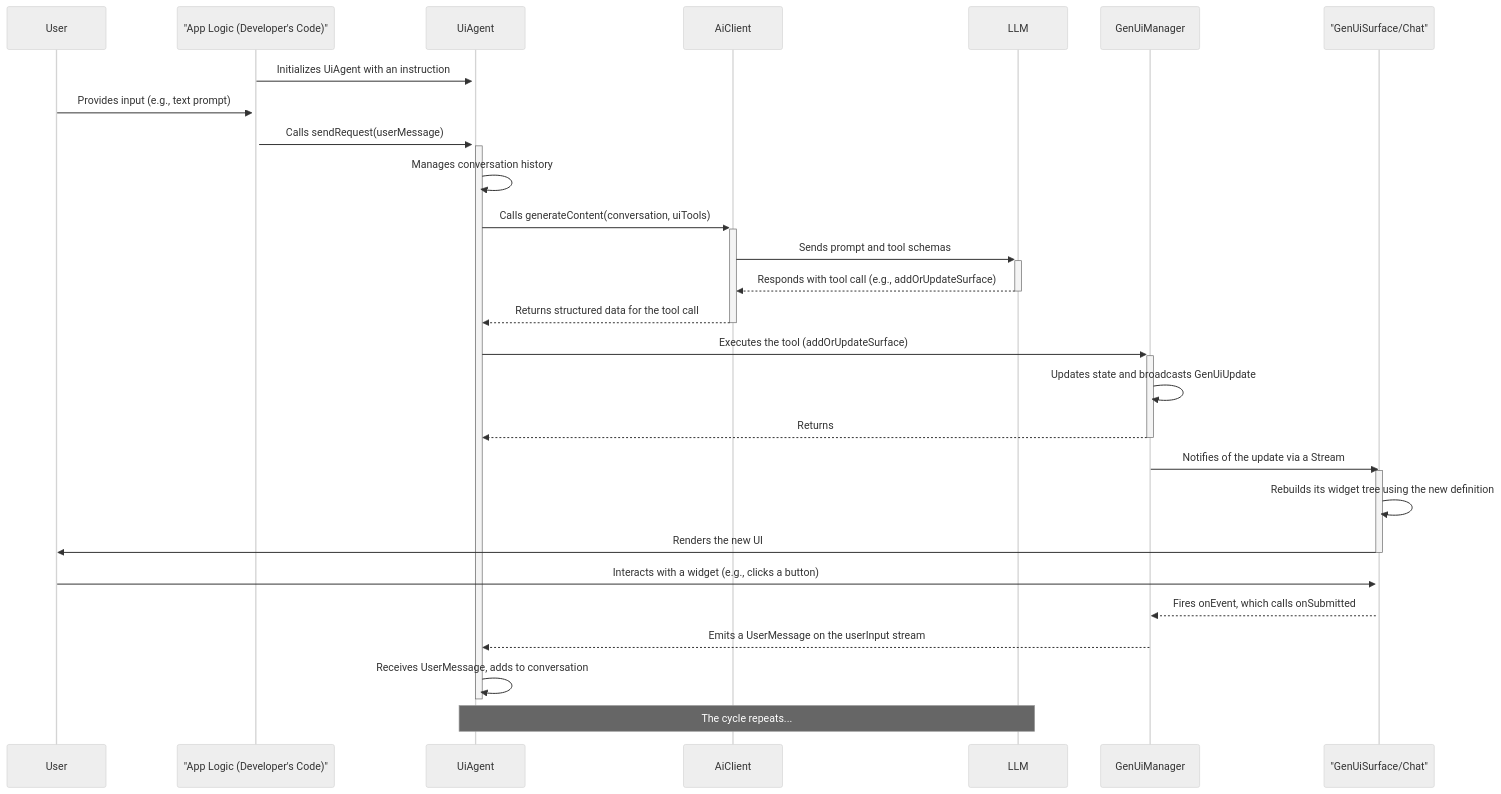
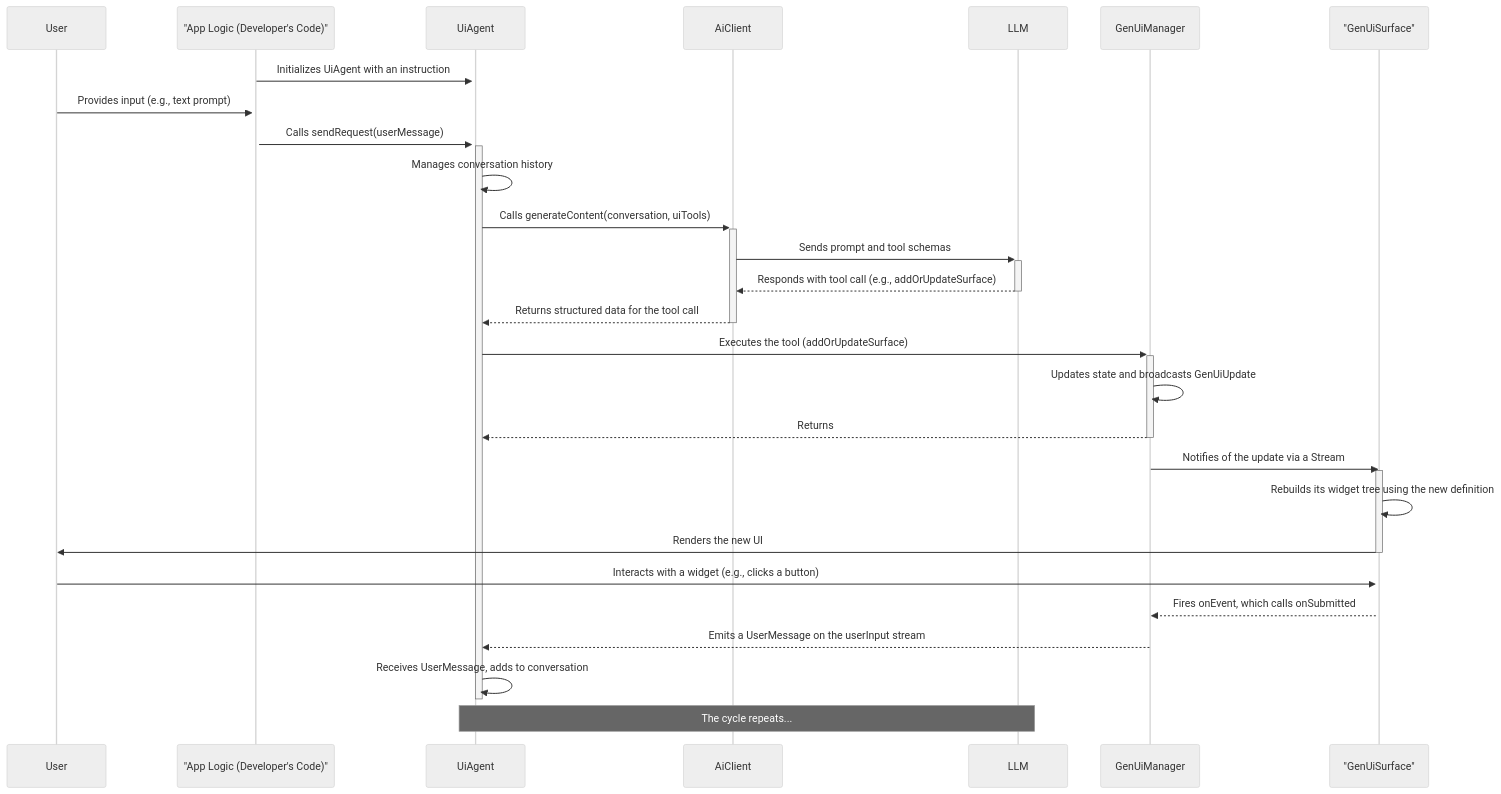
One commit to sethladd/genui changed the second of 2 diagrams in packages/flutter_genui/IMPLEMENTATION.md. Above: the diagram before and after it, drawn with Mermaid (neutral theme). The commit also changed other lines of this file and 3 other files, not shown here.

````diff
--- a/packages/flutter_genui/IMPLEMENTATION.md
+++ b/packages/flutter_genui/IMPLEMENTATION.md
@@ -95,39 +94,39 @@
 ```mermaid
 sequenceDiagram
     participant User
     participant AppLogic as "App Logic (Developer's Code)"
     participant UiAgent
     participant AiClient
     participant LLM
     participant GenUiManager
-    participant GenUiSurface as "GenUiSurface/Chat"
+    participant GenUiSurface as "GenUiSurface"
 
     AppLogic->>+UiAgent: Initializes UiAgent with an instruction
-    
+
     User->>+AppLogic: Provides input (e.g., text prompt)
     AppLogic->>+UiAgent: Calls sendRequest(userMessage)
     UiAgent->>UiAgent: Manages conversation history
     UiAgent->>+AiClient: Calls generateContent(conversation, uiTools)
     AiClient->>+LLM: Sends prompt and tool schemas
     LLM-->>-AiClient: Responds with tool call (e.g., addOrUpdateSurface)
     AiClient-->>-UiAgent: Returns structured data for the tool call
 
     UiAgent->>+GenUiManager: Executes the tool (addOrUpdateSurface)
     GenUiManager->>GenUiManager: Updates state and broadcasts GenUiUpdate
     GenUiManager-->>-UiAgent: Returns
 
     %% The UI updates asynchronously based on the stream
     GenUiManager->>GenUiSurface: Notifies of the update via a Stream
     activate GenUiSurface
     GenUiSurface->>GenUiSurface: Rebuilds its widget tree using the new definition
     GenUiSurface->>User: Renders the new UI
     deactivate GenUiSurface
 
     %% Later, the user interacts
     User->>+GenUiSurface: Interacts with a widget (e.g., clicks a button)
     GenUiSurface-->>GenUiManager: Fires onEvent, which calls onSubmitted
     GenUiManager-->>UiAgent: Emits a UserMessage on the userInput stream
     UiAgent->>UiAgent: Receives UserMessage, adds to conversation
     deactivate UiAgent
     Note over UiAgent, LLM: The cycle repeats...
 ```
````
